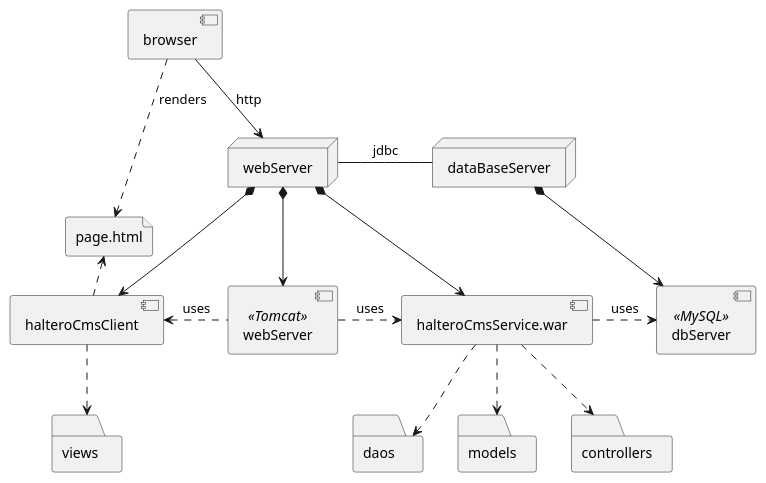
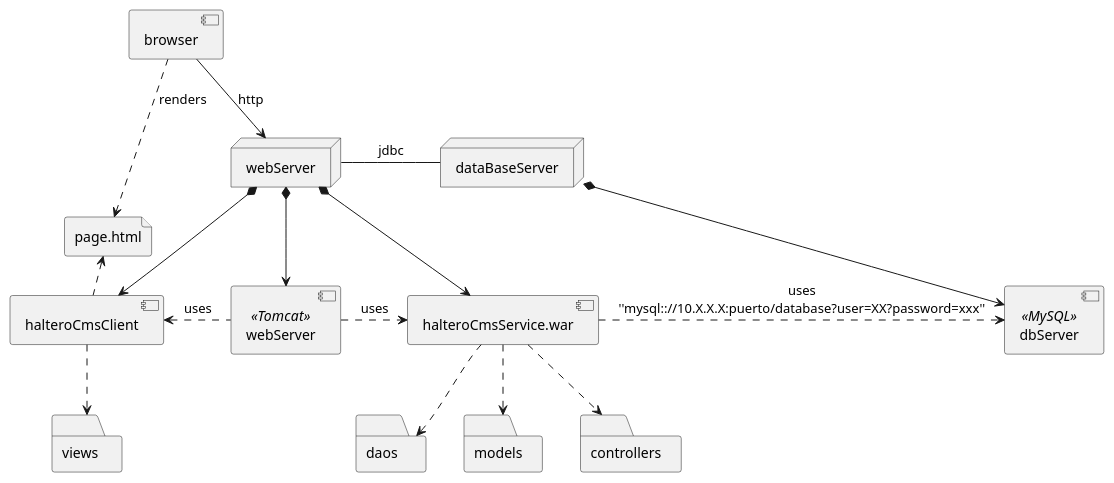
Before and after one commit to zuldare/mastercloud_pfm_halterocms: the diagram in documentation/diagrams/3_design/deployment.puml, drawn with PlantUML. The commit also changed 1 other file, not shown here.

Commit message:
docs: improve ddbb relations at analysis and design diagrams

```diff
--- a/documentation/diagrams/3_design/deployment.puml
+++ b/documentation/diagrams/3_design/deployment.puml
@@ -1,43 +1,40 @@
 @startuml
-
-'''NOTA:
-'''AÑADIR AQUÍ LOS DATOS DE CONEXIÓN, NO EN EL DIAGRAMA DE ANÁLISIS
 
 node webServer
 node dataBaseServer
 component browser
 component halteroCmsClient
 component "webServer" <<Tomcat>> as webServerComponent
 
 component halteroCmsService.war
 component dbServer <<MySQL>>
 
 file page.html
 
 folder views
 
 folder controllers
 folder daos
 folder models
 
 browser --> webServer : http
 webServer *-d-> halteroCmsClient
 halteroCmsClient .l.> page.html
 
 webServer -r- dataBaseServer : jdbc
 webServer *--> webServerComponent
 webServerComponent .r.> halteroCmsService.war : uses
 webServer *--> halteroCmsService.war
 
 dataBaseServer *--> dbServer
 
 browser ..> page.html : renders
 halteroCmsClient <.r. webServerComponent : uses
 halteroCmsClient ..> views
-halteroCmsService.war .r.> dbServer : uses
+halteroCmsService.war .r.> dbServer : uses\n''mysql:://10.X.X.X:puerto/database?user=XX?password=xxx''
 
 halteroCmsService.war ..> controllers
 halteroCmsService.war ..> daos
 halteroCmsService.war ..> models
 
 @enduml
```
